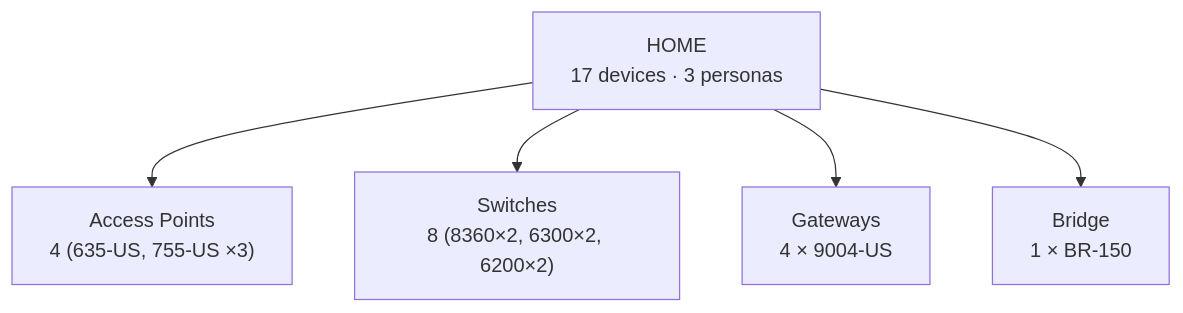
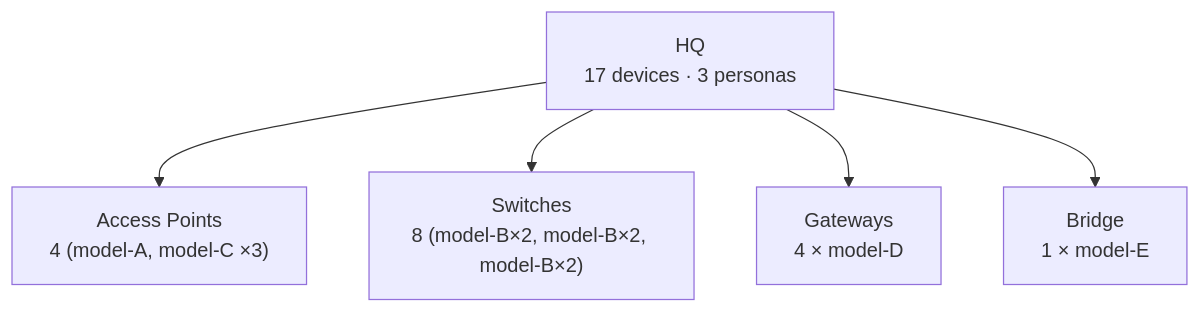
One commit to nowireless4u/hpe-networking-mcp changed the diagram in src/hpe_networking_mcp/skills/central-scope-visualizer.md. Above: the diagram before and after it, drawn with Mermaid. The commit also changed other lines of this file and 6 other files, not shown here.

````diff
--- a/src/hpe_networking_mcp/skills/central-scope-visualizer.md
+++ b/src/hpe_networking_mcp/skills/central-scope-visualizer.md
@@ -236,12 +237,12 @@
 ```mermaid
 flowchart TD
-    SITE["HOME<br/>17 devices · 3 personas"]
-    APS["Access Points<br/>4 (635-US, 755-US ×3)"]
-    SW["Switches<br/>8 (8360×2, 6300×2, 6200×2)"]
-    GW["Gateways<br/>4 × 9004-US"]
-    BR["Bridge<br/>1 × BR-150"]
+    SITE["HQ<br/>17 devices · 3 personas"]
+    APS["Access Points<br/>4 (model-A, model-C ×3)"]
+    SW["Switches<br/>8 (model-B×2, model-B×2, model-B×2)"]
+    GW["Gateways<br/>4 × model-D"]
+    BR["Bridge<br/>1 × model-E"]
     SITE --> APS
     SITE --> SW
     SITE --> GW
     SITE --> BR
 ```
````
